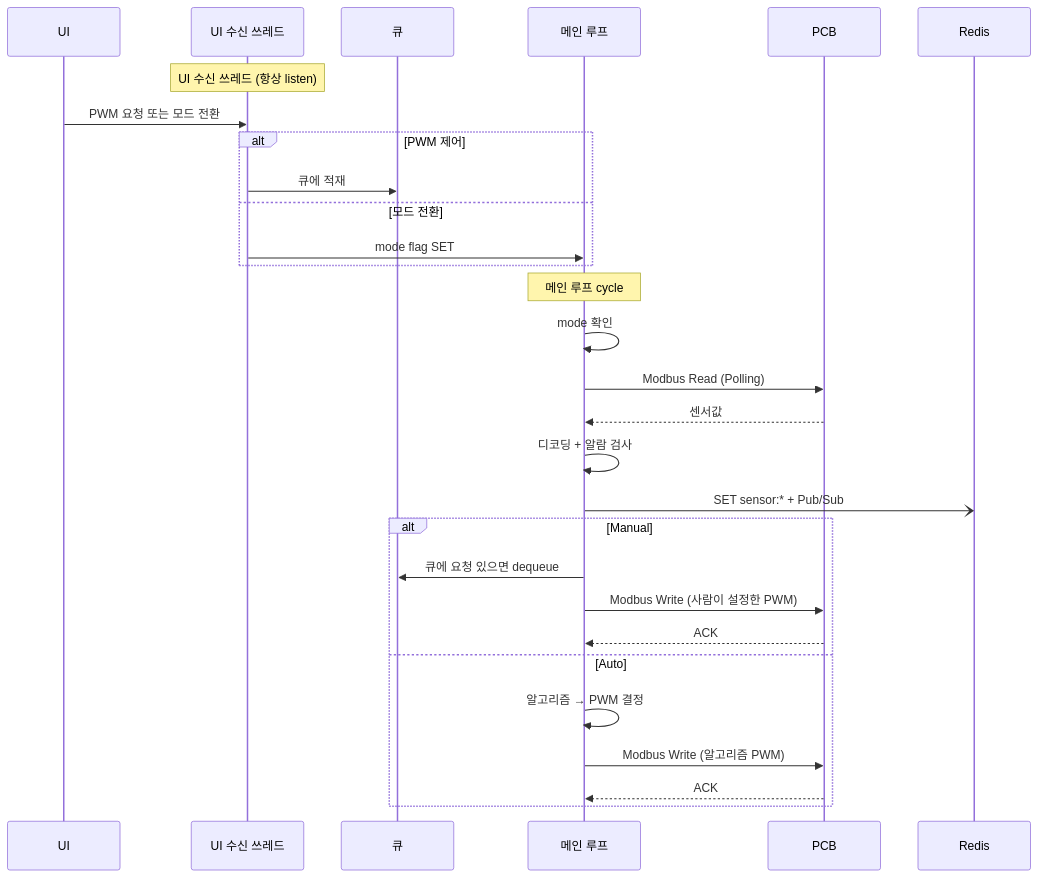
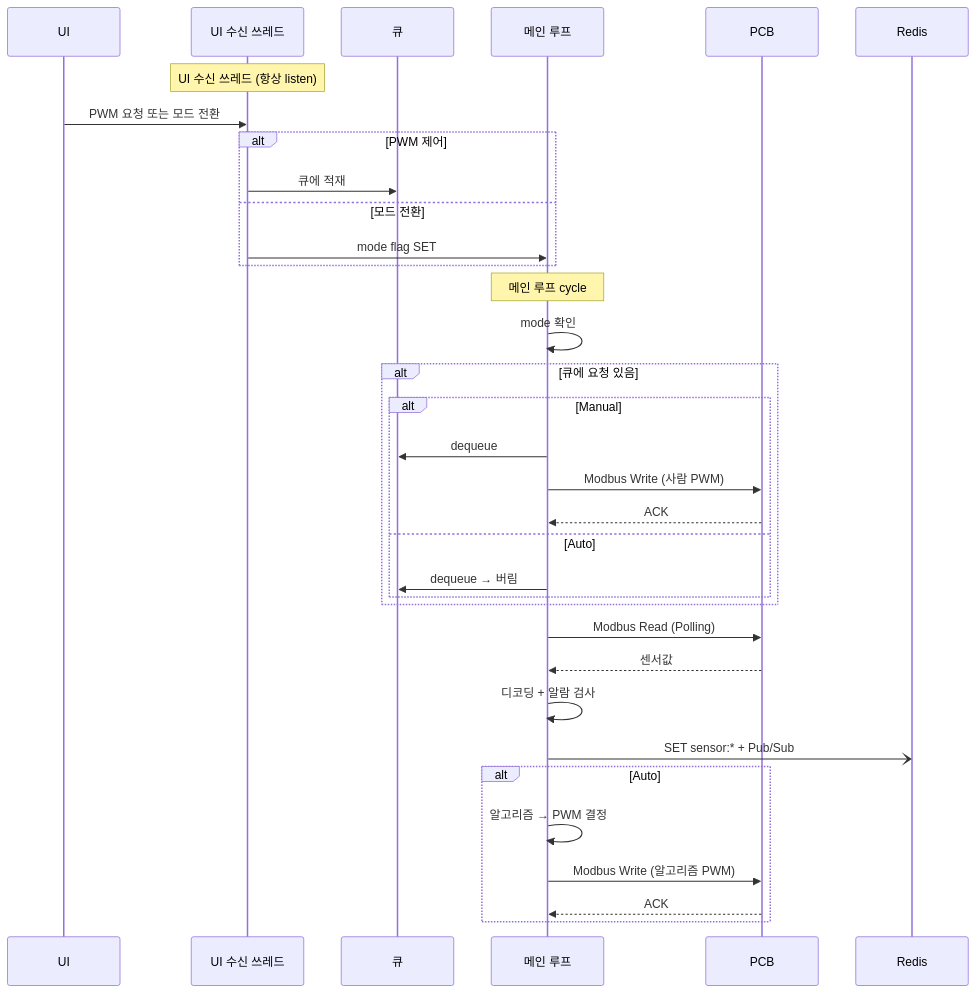
The first of 2 diagrams in docs/MCG.md (DEEPGadget/L2A_CDU_system), drawn with Mermaid before and after one commit. The commit also changed other lines of this file, not shown here.

Commit message:
mcg 설계 추가

````diff
--- a/docs/MCG.md
+++ b/docs/MCG.md
@@ -118,35 +120,41 @@
 ```mermaid
 sequenceDiagram
     participant UI as UI
     participant Listen as UI 수신 쓰레드
     participant Queue as 큐
     participant Main as 메인 루프
     participant PCB as PCB
     participant Redis as Redis
 
     Note over Listen: UI 수신 쓰레드 (항상 listen)
     UI->>Listen: PWM 요청 또는 모드 전환
     alt PWM 제어
         Listen->>Queue: 큐에 적재
     else 모드 전환
         Listen->>Main: mode flag SET
     end
 
     Note over Main: 메인 루프 cycle
     Main->>Main: mode 확인
 
+    alt 큐에 요청 있음
+        alt Manual
+            Main->>Queue: dequeue
+            Main->>PCB: Modbus Write (사람 PWM)
+            PCB-->>Main: ACK
+        else Auto
+            Main->>Queue: dequeue → 버림
+        end
+    end
+
     Main->>PCB: Modbus Read (Polling)
     PCB-->>Main: 센서값
     Main->>Main: 디코딩 + 알람 검사
     Main-)Redis: SET sensor:* + Pub/Sub
 
-    alt Manual
-        Main->>Queue: 큐에 요청 있으면 dequeue
-        Main->>PCB: Modbus Write (사람이 설정한 PWM)
-        PCB-->>Main: ACK
-    else Auto
+    alt Auto
         Main->>Main: 알고리즘 → PWM 결정
         Main->>PCB: Modbus Write (알고리즘 PWM)
         PCB-->>Main: ACK
     end
 ```
````
